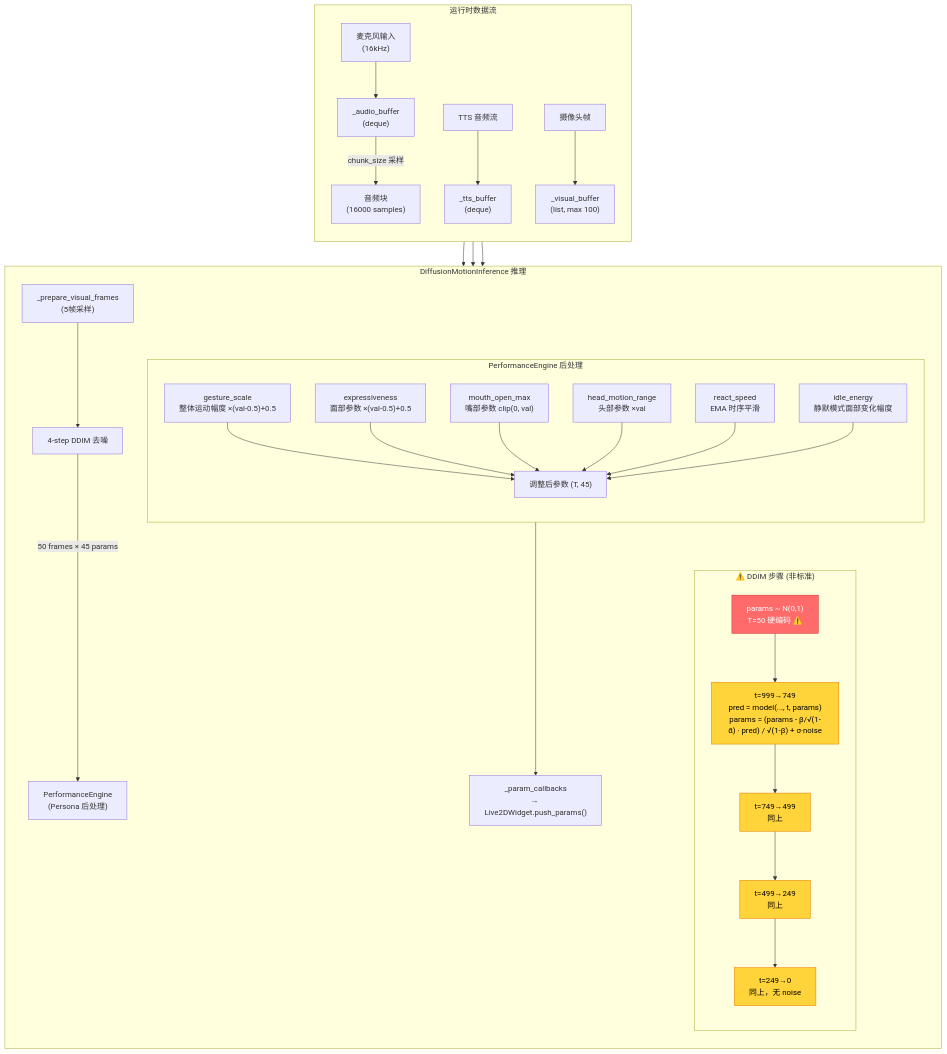
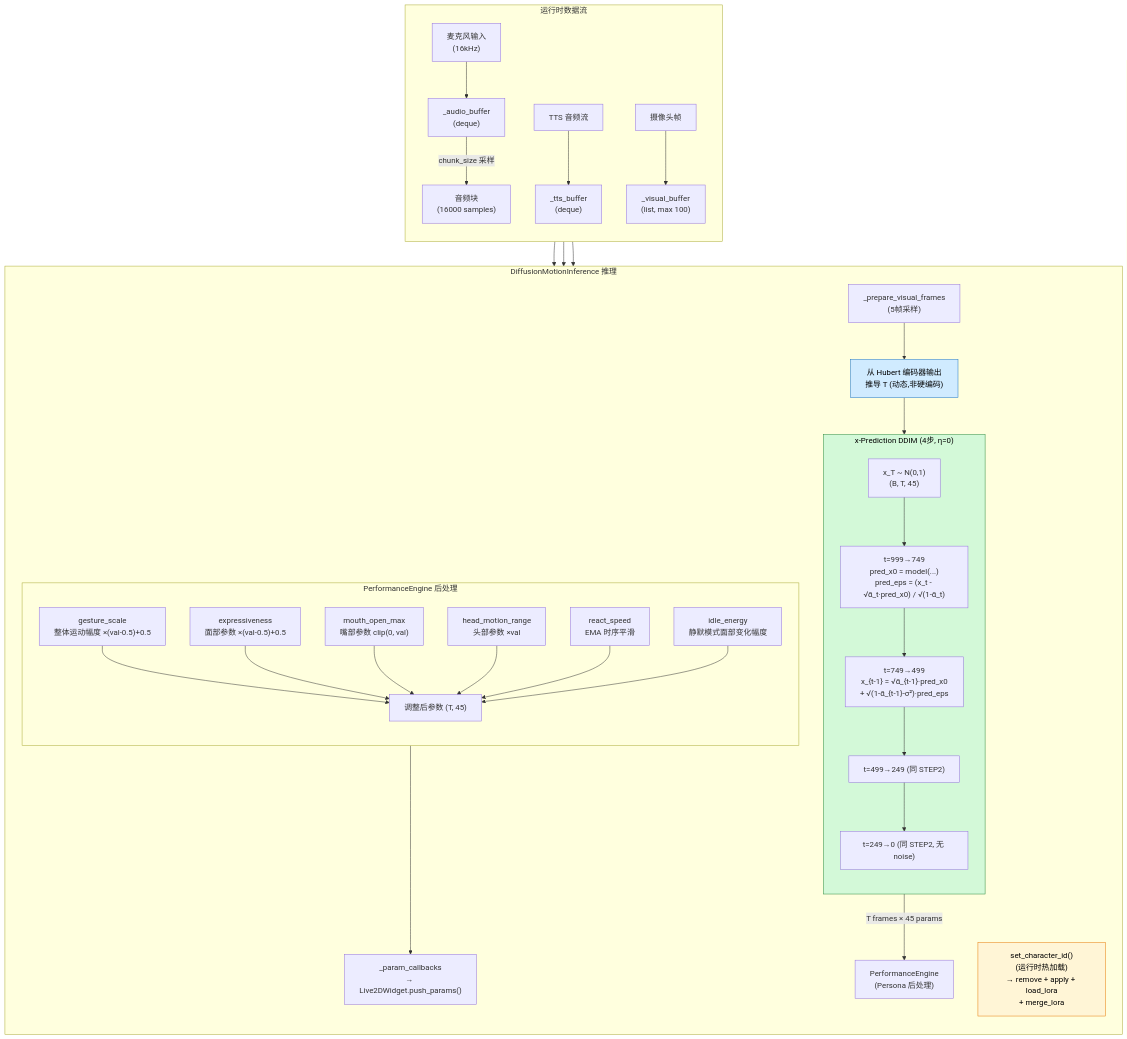
The fifth of 11 diagrams in docs/ARCHITECTURE_DIAGRAMS.md (AsdfAlex-learning/Amadeus), drawn with Mermaid before and after one commit. The commit also changed other lines of this file, not shown here.

````diff
--- a/docs/ARCHITECTURE_DIAGRAMS.md
+++ b/docs/ARCHITECTURE_DIAGRAMS.md
@@ -236,56 +260,57 @@
 ```mermaid
 flowchart TB
     subgraph Runtime["运行时数据流"]
         direction TB
         MIC_IN["麦克风输入<br/>(16kHz)"] --> BUF["_audio_buffer<br/>(deque)"]
         BUF -->|"chunk_size 采样"| CHUNK["音频块<br/>(16000 samples)"]
-        
+
         TTS_IN["TTS 音频流"] --> TTS_BUF["_tts_buffer<br/>(deque)"]
-        
+
         CAM_IN["摄像头帧"] --> VIS_BUF["_visual_buffer<br/>(list, max 100)"]
     end
 
     subgraph Inference["DiffusionMotionInference 推理"]
         direction TB
-        CHUNK --> DDIFF["4-step DDIM 去噪"]
-        TTS_BUF --> DDIFF
+        CHUNK --> T_DERIVE["从 Hubert 编码器输出<br/>推导 T (动态,非硬编码)"]
+        TTS_BUF --> T_DERIVE
         VIS_BUF --> PREP_VIS["_prepare_visual_frames<br/>(5帧采样)"]
-        PREP_VIS --> DDIFF
+        PREP_VIS --> T_DERIVE
 
-        subgraph DDIM["⚠️ DDIM 步骤 (非标准)"]
+        subgraph DDIM["x-Prediction DDIM (4步, η=0)"]
             direction TB
-            INIT["params ~ N(0,1)<br/>T=50 硬编码 ⚠️"]
-            STEP1["t=999→749<br/>pred = model(..., t, params)<br/>params = (params - β/√(1-ᾱ) · pred) / √(1-β) + σ·noise"]
-            STEP2["t=749→499<br/>同上"]
-            STEP3["t=499→249<br/>同上"]
-            STEP4["t=249→0<br/>同上，无 noise"]
+            INIT["x_T ~ N(0,1)<br/>(B, T, 45)"]
+            STEP1["t=999→749<br/>pred_x0 = model(...)<br/>pred_eps = (x_t - √ᾱ_t·pred_x0) / √(1-ᾱ_t)"]
+            STEP2["t=749→499<br/>x_{t-1} = √ᾱ_{t-1}·pred_x0<br/>+ √(1-ᾱ_{t-1}-σ²)·pred_eps"]
+            STEP3["t=499→249 (同 STEP2)"]
+            STEP4["t=249→0 (同 STEP2, 无 noise)"]
             INIT --> STEP1 --> STEP2 --> STEP3 --> STEP4
         end
 
-        DDIFF -->|"50 frames × 45 params"| PERF["PerformanceEngine<br/>(Persona 后处理)"]
-        
+        T_DERIVE --> DDIM
+        DDIM -->|"T frames × 45 params"| PERF["PerformanceEngine<br/>(Persona 后处理)"]
+
         subgraph PerfPost["PerformanceEngine 后处理"]
             direction TB
             GS["gesture_scale<br/>整体运动幅度 ×(val-0.5)+0.5"]
             EXPR["expressiveness<br/>面部参数 ×(val-0.5)+0.5"]
             MOMAX["mouth_open_max<br/>嘴部参数 clip(0, val)"]
             HEAD["head_motion_range<br/>头部参数 ×val"]
             SPEED["react_speed<br/>EMA 时序平滑"]
             IDLE["idle_energy<br/>静默模式面部变化幅度"]
             GS --> RESULT["调整后参数 (T, 45)"]
             EXPR --> RESULT
             MOMAX --> RESULT
             HEAD --> RESULT
             SPEED --> RESULT
             IDLE --> RESULT
         end
 
         RESULT --> CALLBACKS["_param_callbacks<br/>→ Live2DWidget.push_params()"]
+
+        LORA_HOT["set_character_id()<br/>(运行时热加载)<br/>→ remove + apply + load_lora<br/>+ merge_lora"]
     end
 
-    style INIT fill:#ff6b6b,stroke:#c92a2a,color:#fff
-    style STEP1 fill:#ffd43b,stroke:#e67700,color:#000
-    style STEP2 fill:#ffd43b,stroke:#e67700,color:#000
-    style STEP3 fill:#ffd43b,stroke:#e67700,color:#000
-    style STEP4 fill:#ffd43b,stroke:#e67700,color:#000
+    style DDIM fill:#d3f9d8,stroke:#2b8a3e,color:#000
+    style T_DERIVE fill:#d0ebff,stroke:#1971c2,color:#000
+    style LORA_HOT fill:#fff5d6,stroke:#e67700,color:#000
 ```
````
